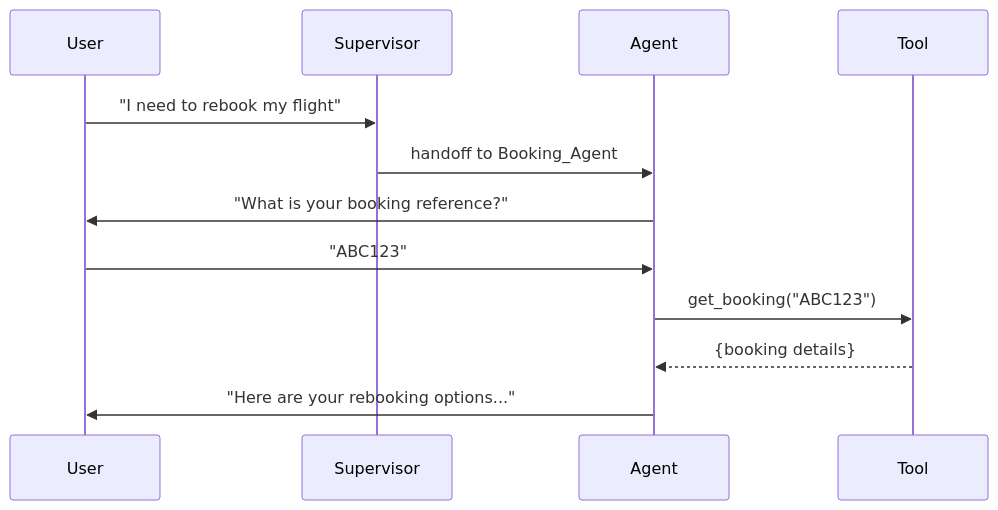
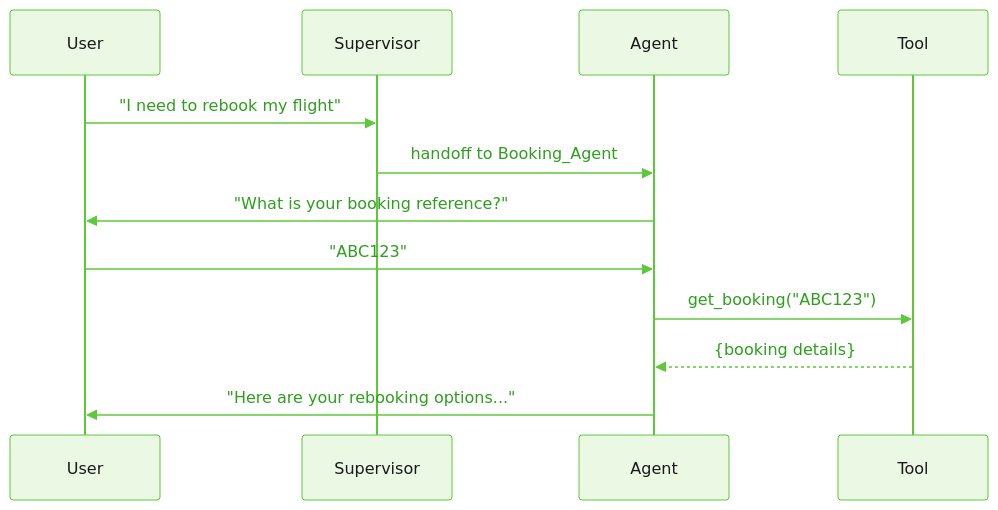
Before and after one commit to Koredotcom/docs-v2: the second of 8 diagrams in agent-platform/concepts.mdx, drawn with Mermaid. The commit also changed other lines of this file and 36 other files, not shown here.

Commit message:
Artemis theme applied to diagrams and illustrations across the pages/docs

````diff
--- a/agent-platform/concepts.mdx
+++ b/agent-platform/concepts.mdx
@@ -151,15 +151,16 @@
 ```mermaid actions={false}
+%%{init: {'theme': 'base', 'themeVariables': {'background': 'transparent', 'primaryColor': '#EAF8E4', 'primaryTextColor': '#1a1a1a', 'primaryBorderColor': '#5CC83A', 'lineColor': '#5CC83A', 'secondaryColor': 'transparent', 'tertiaryColor': 'transparent', 'clusterBkg': 'transparent', 'clusterBorder': '#5CC83A', 'titleColor': '#1a1a1a', 'clusterLabelBackground': 'transparent', 'edgeLabelBackground': '#EAF8E4', 'actorBkg': '#EAF8E4', 'actorBorder': '#5CC83A', 'actorTextColor': '#1a1a1a', 'actorLineColor': '#5CC83A', 'signalColor': '#5CC83A', 'signalTextColor': '#2F9E1E', 'labelBoxBkgColor': '#EAF8E4', 'labelBoxBorderColor': '#5CC83A', 'labelTextColor': '#1a1a1a', 'loopTextColor': '#2F9E1E', 'noteBkgColor': '#EAF8E4', 'noteBorderColor': '#5CC83A', 'noteTextColor': '#1a1a1a', 'activationBorderColor': '#5CC83A', 'activationBkgColor': '#EAF8E4', 'sequenceNumberColor': '#2F9E1E'}}}%%
 sequenceDiagram
     participant User
     participant Supervisor
     participant Agent
     participant Tool
 
     User->>Supervisor: "I need to rebook my flight"
     Supervisor->>Agent: handoff to Booking_Agent
     Agent->>User: "What is your booking reference?"
     User->>Agent: "ABC123"
     Agent->>Tool: get_booking("ABC123")
     Tool-->>Agent: {booking details}
     Agent->>User: "Here are your rebooking options..."
 ```
````
